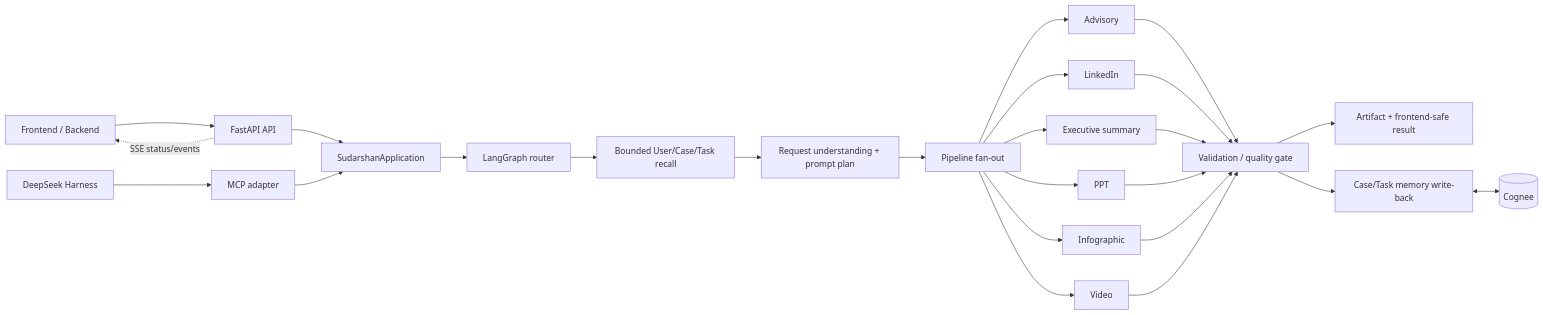
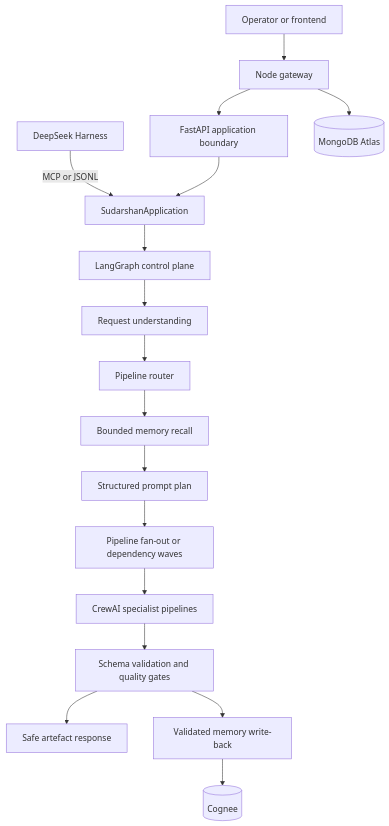
Before and after one commit to udit79/Sudarshan_agentic_core: the diagram in README.md, drawn with Mermaid. The commit also changed other lines of this file and 43 other files, not shown here.

````diff
--- a/README.md
+++ b/README.md
@@ -109,27 +48,19 @@
 ```mermaid
-flowchart LR
-    UI[Frontend / Backend] --> API[FastAPI API]
-    H[DeepSeek Harness] --> MCP[MCP adapter]
-    API --> APP[SudarshanApplication]
-    MCP --> APP
-    APP --> G[LangGraph router]
-    G --> R[Bounded User/Case/Task recall]
-    R --> PLAN[Request understanding + prompt plan]
-    PLAN --> FAN[Pipeline fan-out]
-    FAN --> A[Advisory]
-    FAN --> L[LinkedIn]
-    FAN --> S[Executive summary]
-    FAN --> P[PPT]
-    FAN --> I[Infographic]
-    FAN --> V[Video]
-    A --> Q[Validation / quality gate]
-    L --> Q
-    S --> Q
-    P --> Q
-    I --> Q
-    V --> Q
-    Q --> ART[Artifact + frontend-safe result]
-    Q --> MEM[Case/Task memory write-back]
-    MEM <--> C[(Cognee)]
-    API -. SSE status/events .-> UI
+flowchart TD
+    U[Operator or frontend] --> G[Node gateway]
+    G --> API[FastAPI application boundary]
+    H[DeepSeek Harness] -->|MCP or JSONL| APP[SudarshanApplication]
+    API --> APP
+    APP --> L[LangGraph control plane]
+    L --> RU[Request understanding]
+    RU --> RT[Pipeline router]
+    RT --> MR[Bounded memory recall]
+    MR --> PP[Structured prompt plan]
+    PP --> FAN[Pipeline fan-out or dependency waves]
+    FAN --> CREW[CrewAI specialist pipelines]
+    CREW --> Q[Schema validation and quality gates]
+    Q --> ART[Safe artefact response]
+    Q --> MEM[Validated memory write-back]
+    MEM --> C[(Cognee)]
+    G --> DB[(MongoDB Atlas)]
 ```
````
